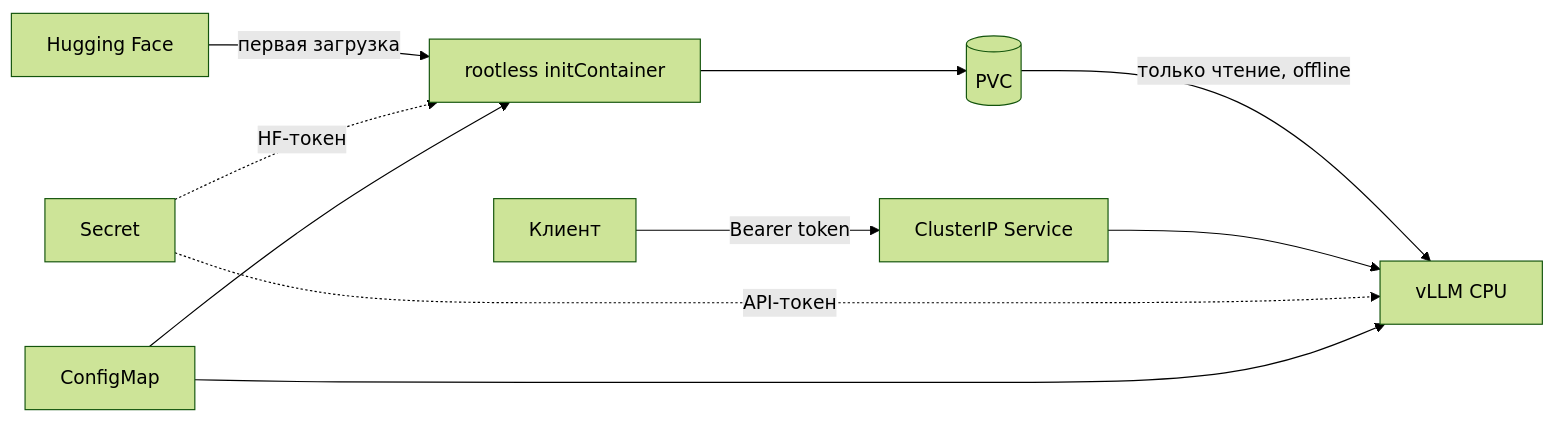
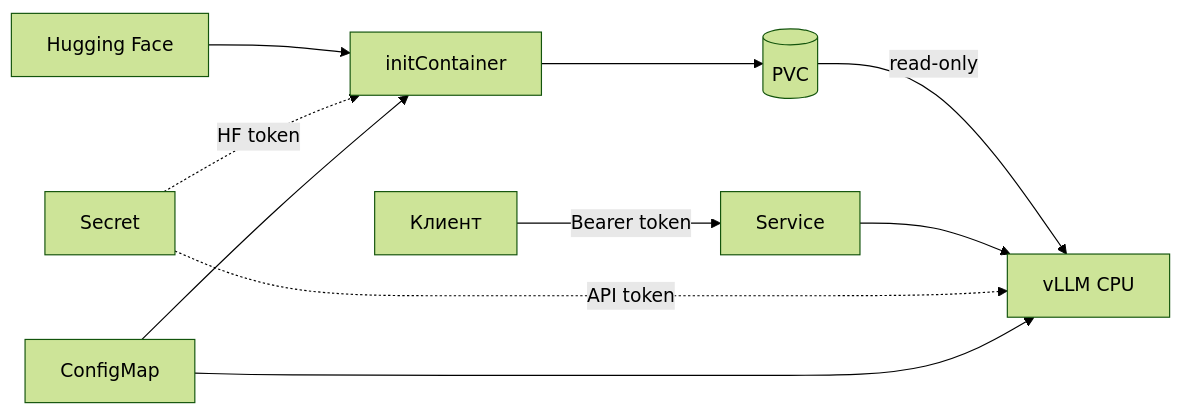
One commit to MusiJusi/kaspersky-vllm-cpu changed the diagram in docs/ARCHITECTURE.md. Above: the diagram before and after it, drawn with Mermaid (forest theme). The commit also changed other lines of this file and 6 other files, not shown here.

````diff
--- a/docs/ARCHITECTURE.md
+++ b/docs/ARCHITECTURE.md
@@ -3,12 +8,12 @@
 ```mermaid
 flowchart LR
-    HF[Hugging Face] -->|первая загрузка| Init[rootless initContainer]
-    Init --> PVC[(PVC)]
-    PVC -->|только чтение, offline| API[vLLM CPU]
-    Client[Клиент] -->|Bearer token| Service[ClusterIP Service]
+    HF["Hugging Face"] --> Init["initContainer"]
+    Init --> PVC[("PVC")]
+    PVC -->|read-only| API["vLLM CPU"]
+    Client["Клиент"] -->|Bearer token| Service["Service"]
     Service --> API
-    Secret[Secret] -. HF-токен .-> Init
-    Secret -. API-токен .-> API
-    Config[ConfigMap] --> Init
+    Secret["Secret"] -. HF token .-> Init
+    Secret -. API token .-> API
+    Config["ConfigMap"] --> Init
     Config --> API
 ```
````
